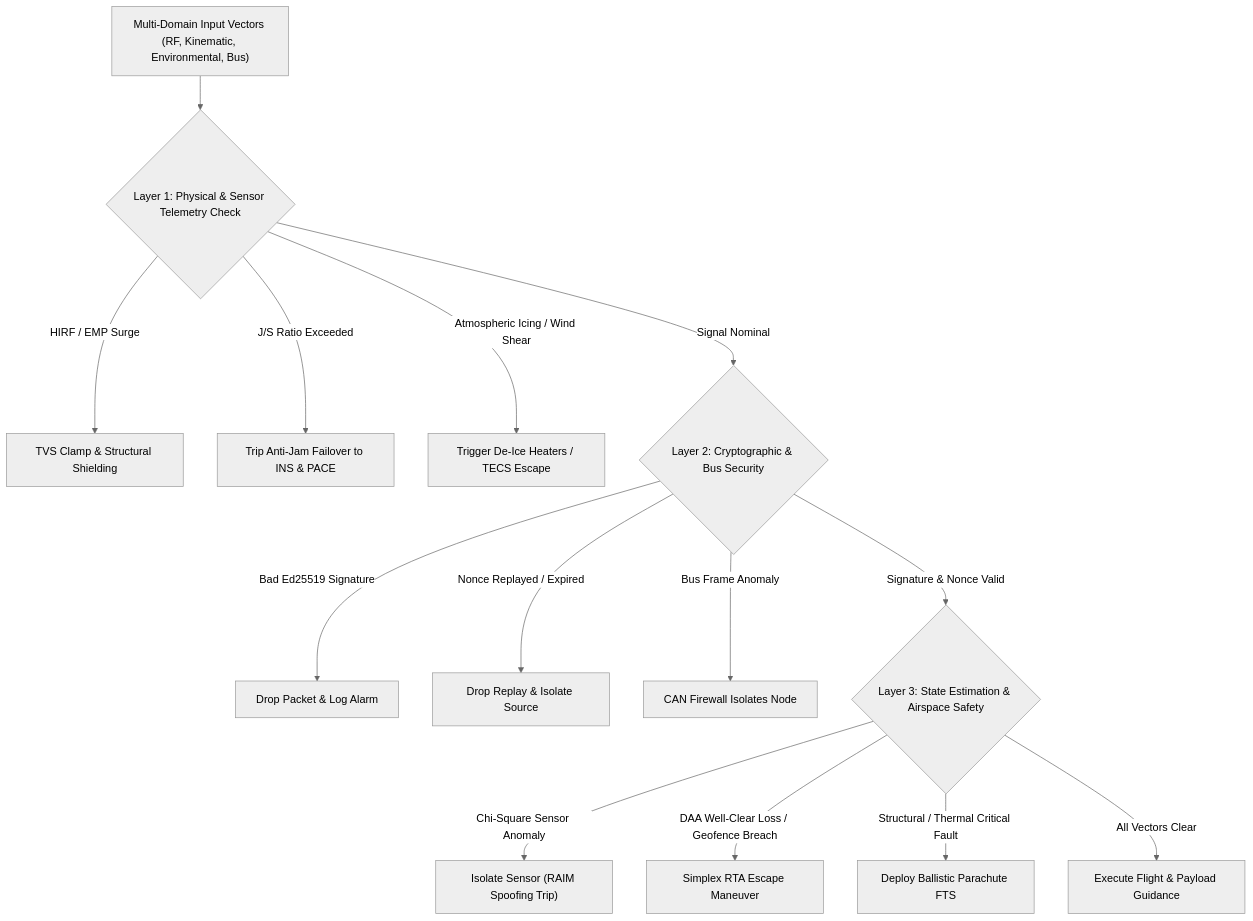
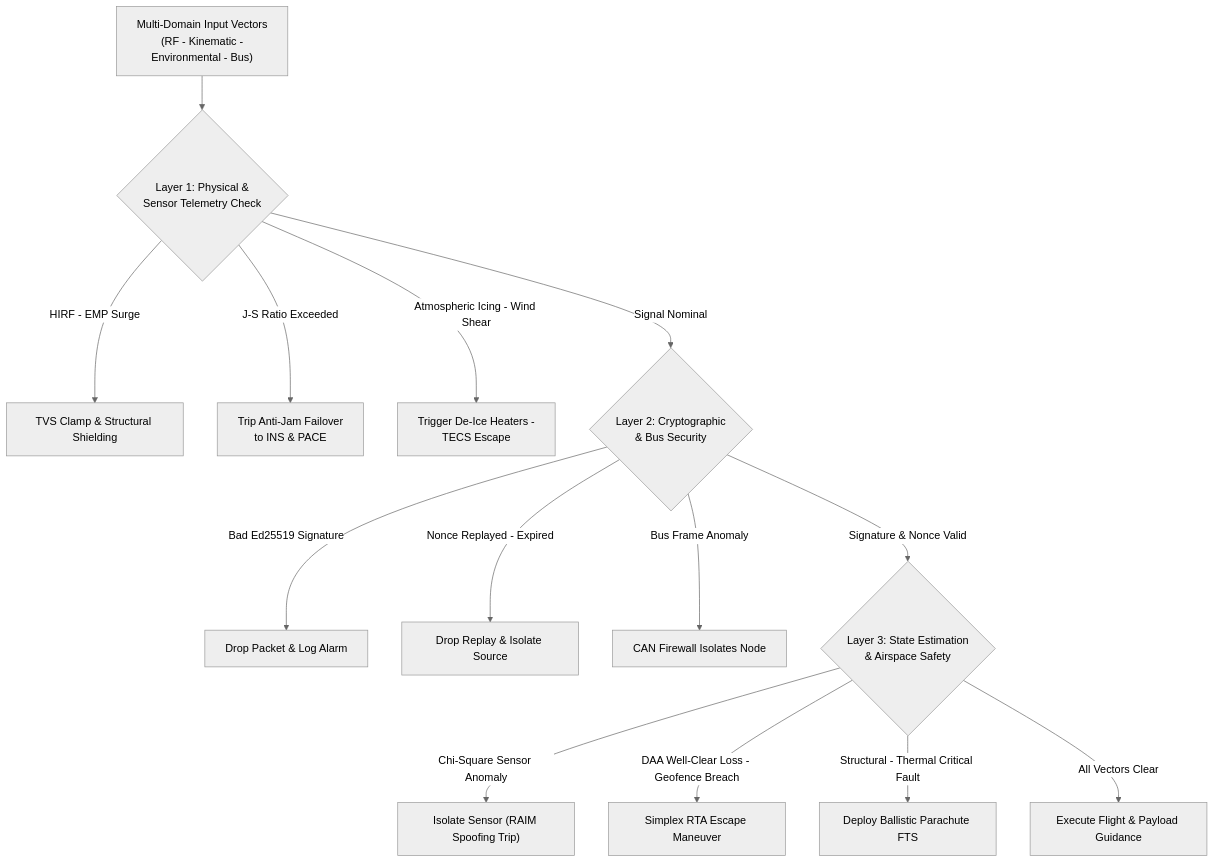
Before and after one commit to gintatkinson/uav-13: the fourth of 6 diagrams in docs/catalogs/MISSION_OPERATIONS_CATALOG.md, drawn with Mermaid (neutral theme). The commit also changed other lines of this file and 176 other files, not shown here.

Commit message:
fix(template): purge schema pollution and synchronize pipeline from spec-core

````diff
--- a/docs/catalogs/MISSION_OPERATIONS_CATALOG.md
+++ b/docs/catalogs/MISSION_OPERATIONS_CATALOG.md
@@ -320,19 +332,19 @@
 ```mermaid
 flowchart TD
-    RF_In["Multi-Domain Input Vectors (RF, Kinematic, Environmental, Bus)"] --> PHY_Check{"Layer 1: Physical & Sensor Telemetry Check"}
+    RF_In["Multi-Domain Input Vectors<br/>(RF - Kinematic -<br/>Environmental - Bus)"] --> PHY_Check{"Layer 1: Physical &<br/>Sensor Telemetry Check"}
 
-    PHY_Check -->|"HIRF / EMP Surge"| Surge_Clamp["TVS Clamp & Structural Shielding"]
-    PHY_Check -->|"J/S Ratio Exceeded"| EW_Failover["Trip Anti-Jam Failover to INS & PACE"]
-    PHY_Check -->|"Atmospheric Icing / Wind Shear"| Env_Mitigate["Trigger De-Ice Heaters / TECS Escape"]
-    PHY_Check -->|"Signal Nominal"| L2_Crypto{"Layer 2: Cryptographic & Bus Security"}
+    PHY_Check -->|"HIRF - EMP Surge"| Surge_Clamp["TVS Clamp & Structural Shielding"]
+    PHY_Check -->|"J-S Ratio Exceeded"| EW_Failover["Trip Anti-Jam Failover<br/>to INS & PACE"]
+    PHY_Check -->|"Atmospheric Icing - Wind Shear"| Env_Mitigate["Trigger De-Ice Heaters -<br/>TECS Escape"]
+    PHY_Check -->|"Signal Nominal"| L2_Crypto{"Layer 2: Cryptographic<br/>& Bus Security"}
 
     L2_Crypto -->|"Bad Ed25519 Signature"| Drop_Pkt["Drop Packet & Log Alarm"]
-    L2_Crypto -->|"Nonce Replayed / Expired"| Drop_Replay["Drop Replay & Isolate Source"]
+    L2_Crypto -->|"Nonce Replayed - Expired"| Drop_Replay["Drop Replay & Isolate Source"]
     L2_Crypto -->|"Bus Frame Anomaly"| Bus_Firewall["CAN Firewall Isolates Node"]
-    L2_Crypto -->|"Signature & Nonce Valid"| L3_Integrity{"Layer 3: State Estimation & Airspace Safety"}
+    L2_Crypto -->|"Signature & Nonce Valid"| L3_Integrity{"Layer 3: State Estimation<br/>& Airspace Safety"}
 
     L3_Integrity -->|"Chi-Square Sensor Anomaly"| Isolate_Sensor["Isolate Sensor (RAIM Spoofing Trip)"]
-    L3_Integrity -->|"DAA Well-Clear Loss / Geofence Breach"| Simplex_RTA["Simplex RTA Escape Maneuver"]
-    L3_Integrity -->|"Structural / Thermal Critical Fault"| FTS_Parachute["Deploy Ballistic Parachute FTS"]
+    L3_Integrity -->|"DAA Well-Clear Loss - Geofence Breach"| Simplex_RTA["Simplex RTA Escape Maneuver"]
+    L3_Integrity -->|"Structural - Thermal Critical Fault"| FTS_Parachute["Deploy Ballistic Parachute FTS"]
     L3_Integrity -->|"All Vectors Clear"| Execute_Cmd["Execute Flight & Payload Guidance"]
 ```
````
